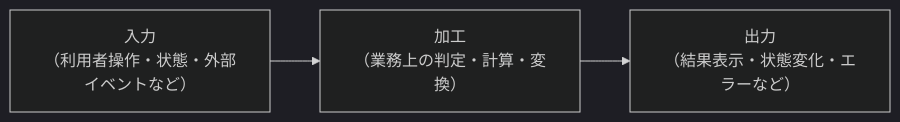
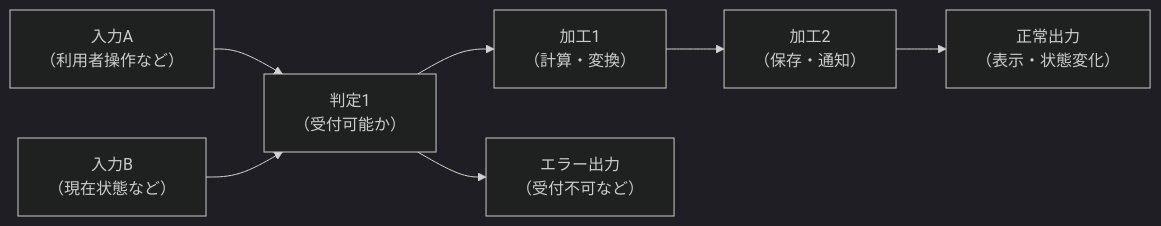
The diagram in kindle/design-patterns/templates/chapter-template.md (kumachan1101-pixel/DesignPattern), drawn with Mermaid (dark theme) before and after one commit. The commit also changed other lines of this file and 14 other files, not shown here.

Commit message:
fix: 仕様フロー図を細分化

````diff
--- a/kindle/design-patterns/templates/chapter-template.md
+++ b/kindle/design-patterns/templates/chapter-template.md
@@ -160,7 +161,9 @@
 ```mermaid
 flowchart LR
-    I["入力<br>（利用者操作・状態・外部イベントなど）"]
-    P["加工<br>（業務上の判定・計算・変換）"]
-    O["出力<br>（結果表示・状態変化・エラーなど）"]
-    I --> P --> O
+    A["入力A<br>（利用者操作など）"] --> B["判定1<br>（受付可能か）"]
+    C["入力B<br>（現在状態など）"] --> B
+    B --> D["加工1<br>（計算・変換）"]
+    D --> E["加工2<br>（保存・通知）"]
+    E --> F["正常出力<br>（表示・状態変化）"]
+    B --> G["エラー出力<br>（受付不可など）"]
 ```
````
